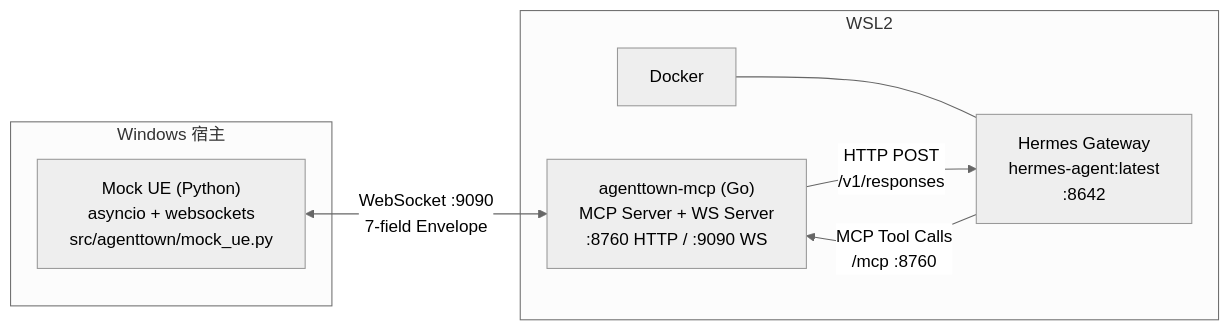
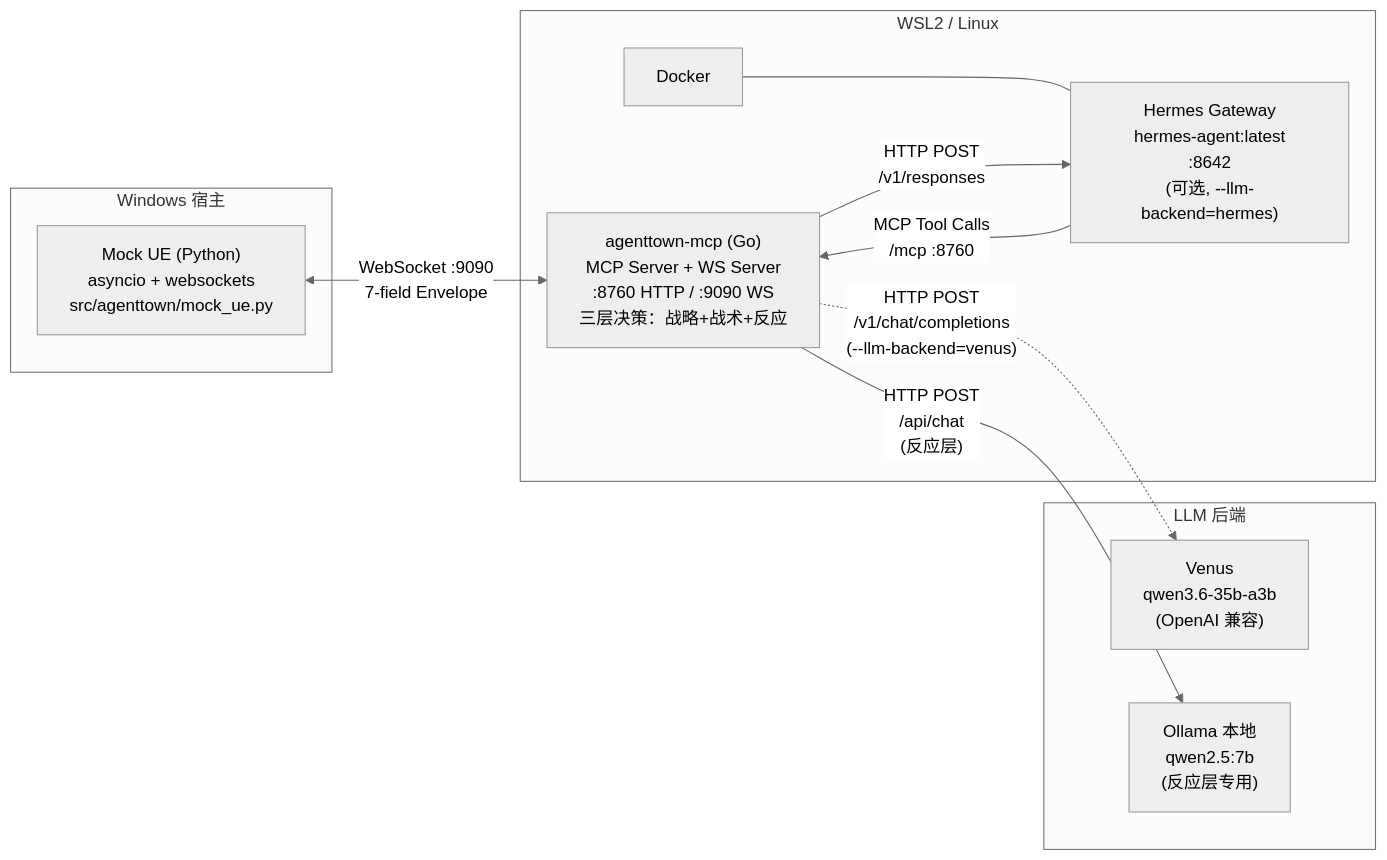
One commit to yitian-chen/SmartNPC changed the first of 5 diagrams in CODEBUDDY.md. Above: the diagram before and after it, drawn with Mermaid (neutral theme). The commit also changed other lines of this file, not shown here.

````diff
--- a/CODEBUDDY.md
+++ b/CODEBUDDY.md
@@ -11,15 +21,21 @@
 ```mermaid
 graph LR
     subgraph Win["Windows 宿主"]
         UE["Mock UE (Python)<br/>asyncio + websockets<br/>src/agenttown/mock_ue.py"]
     end
-    subgraph WSL["WSL2"]
-        MCP["agenttown-mcp (Go)<br/>MCP Server + WS Server<br/>:8760 HTTP / :9090 WS"]
+    subgraph WSL["WSL2 / Linux"]
+        MCP["agenttown-mcp (Go)<br/>MCP Server + WS Server<br/>:8760 HTTP / :9090 WS<br/>三层决策：战略+战术+反应"]
         DOCKER["Docker"]
-        HERMES["Hermes Gateway<br/>hermes-agent:latest<br/>:8642"]
+        HERMES["Hermes Gateway<br/>hermes-agent:latest<br/>:8642<br/>(可选, --llm-backend=hermes)"]
         DOCKER --- HERMES
+    end
+    subgraph LLM["LLM 后端"]
+        VENUS["Venus<br/>qwen3.6-35b-a3b<br/>(OpenAI 兼容)"]
+        OLLAMA["Ollama 本地<br/>qwen2.5:7b<br/>(反应层专用)"]
     end
     UE <-->|"WebSocket :9090<br/>7-field Envelope"| MCP
     MCP -->|"HTTP POST<br/>/v1/responses"| HERMES
+    MCP -.->|"HTTP POST<br/>/v1/chat/completions<br/>(--llm-backend=venus)"| VENUS
+    MCP -->|"HTTP POST<br/>/api/chat<br/>(反应层)"| OLLAMA
     HERMES -->|"MCP Tool Calls<br/>/mcp :8760"| MCP
 ```
````
